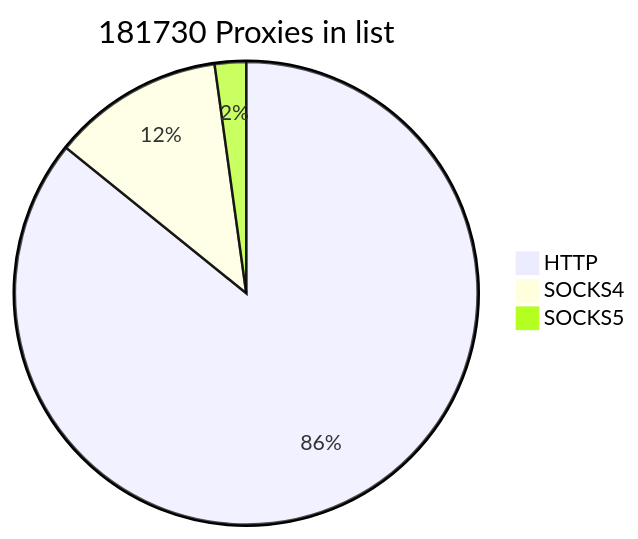
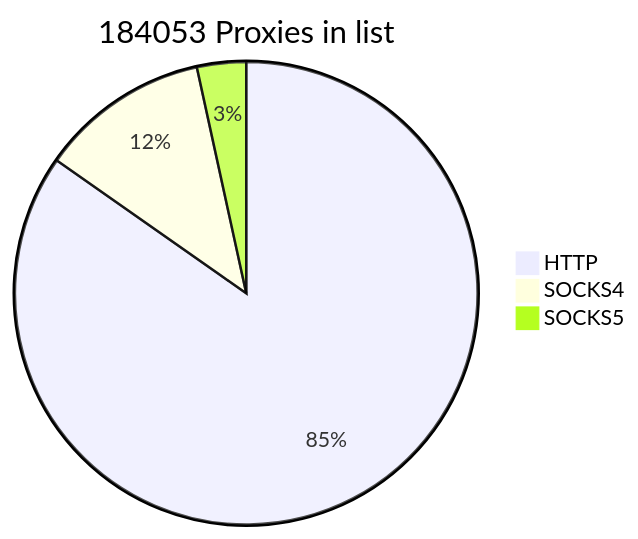
The first of 2 diagrams in README.md (cutipu/proxylist), drawn with Mermaid before and after one commit. The commit also changed other lines of this file, not shown here.

````diff
--- a/README.md
+++ b/README.md
@@ -2,7 +2,7 @@
 ```mermaid
-pie title 181730 Proxies in list
-    "HTTP" : 155952
-    "SOCKS4" : 21796
-    "SOCKS5" : 3982
+pie title 184053 Proxies in list
+    "HTTP" : 155953
+    "SOCKS4" : 21793
+    "SOCKS5" : 6307
             
 ```
````
